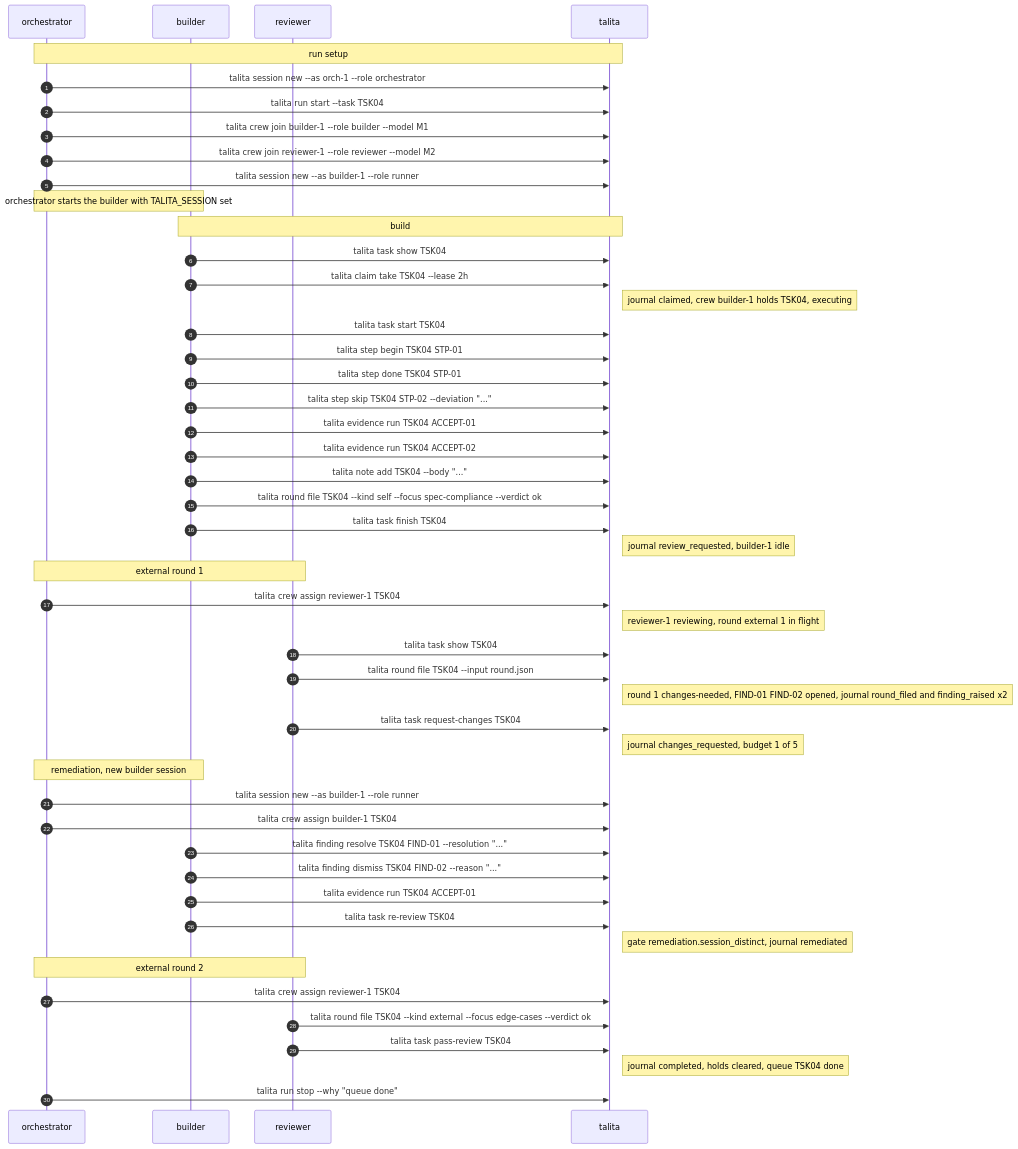
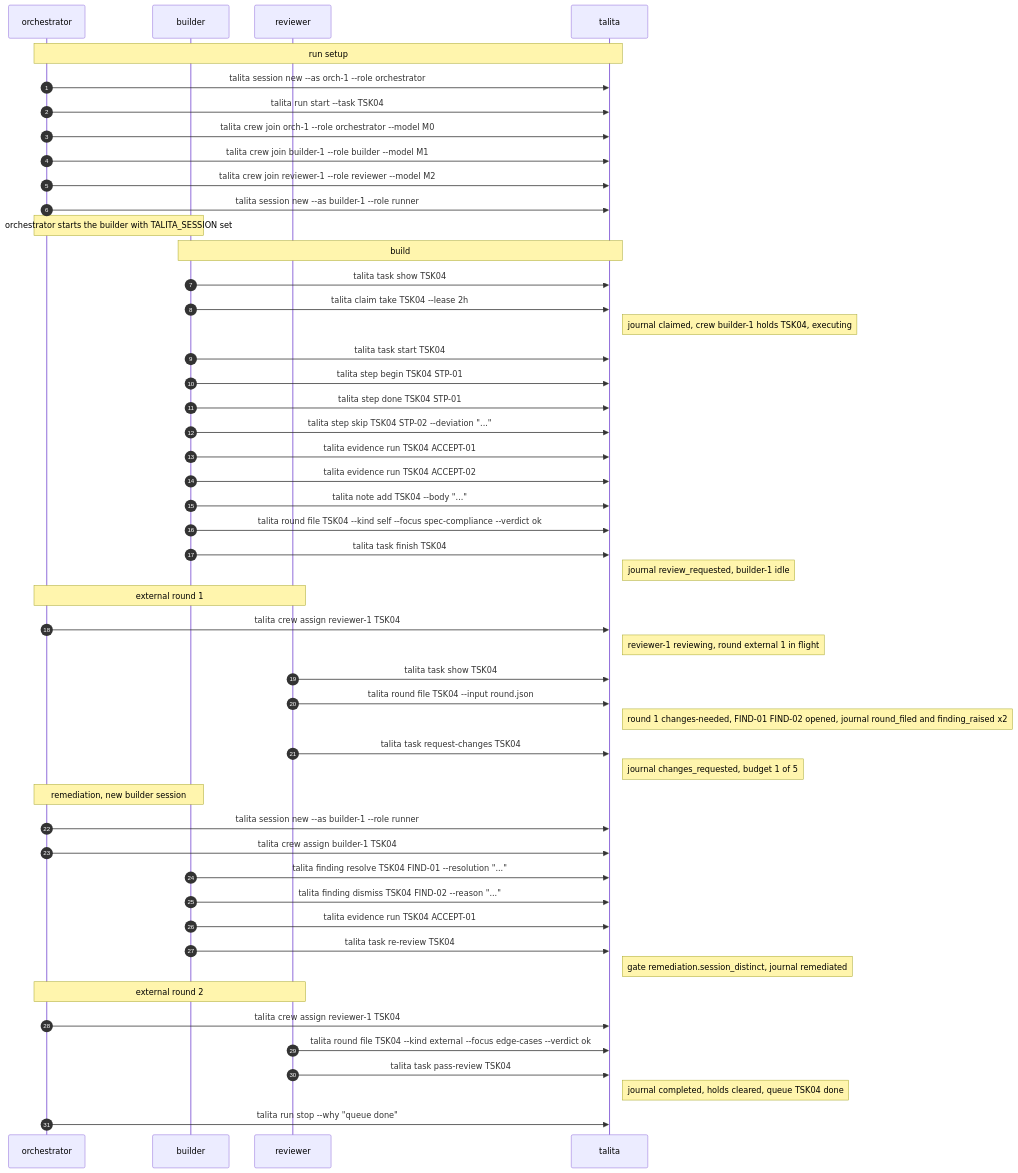
The sixth of 6 diagrams in docs/talita/README.md (lthiagol/coding-crew), drawn with Mermaid before and after one commit. The commit also changed other lines of this file and 15 other files, not shown here.

First line of the commit message:
docs: the docs and the flow skills speak talita's grammar

````diff
--- a/docs/talita/README.md
+++ b/docs/talita/README.md
@@ -214,57 +215,58 @@
 ```mermaid
 sequenceDiagram
     autonumber
     participant O as orchestrator
     participant B as builder
     participant V as reviewer
     participant T as talita
 
     Note over O,T: run setup
     O->>T: talita session new --as orch-1 --role orchestrator
     O->>T: talita run start --task TSK04
+    O->>T: talita crew join orch-1 --role orchestrator --model M0
     O->>T: talita crew join builder-1 --role builder --model M1
     O->>T: talita crew join reviewer-1 --role reviewer --model M2
     O->>T: talita session new --as builder-1 --role runner
     Note over O,B: orchestrator starts the builder with TALITA_SESSION set
 
     Note over B,T: build
     B->>T: talita task show TSK04
     B->>T: talita claim take TSK04 --lease 2h
     Note right of T: journal claimed, crew builder-1 holds TSK04, executing
     B->>T: talita task start TSK04
     B->>T: talita step begin TSK04 STP-01
     B->>T: talita step done TSK04 STP-01
     B->>T: talita step skip TSK04 STP-02 --deviation "..."
     B->>T: talita evidence run TSK04 ACCEPT-01
     B->>T: talita evidence run TSK04 ACCEPT-02
     B->>T: talita note add TSK04 --body "..."
     B->>T: talita round file TSK04 --kind self --focus spec-compliance --verdict ok
     B->>T: talita task finish TSK04
     Note right of T: journal review_requested, builder-1 idle
 
     Note over O,V: external round 1
     O->>T: talita crew assign reviewer-1 TSK04
     Note right of T: reviewer-1 reviewing, round external 1 in flight
     V->>T: talita task show TSK04
     V->>T: talita round file TSK04 --input round.json
     Note right of T: round 1 changes-needed, FIND-01 FIND-02 opened, journal round_filed and finding_raised x2
     V->>T: talita task request-changes TSK04
     Note right of T: journal changes_requested, budget 1 of 5
 
     Note over O,B: remediation, new builder session
     O->>T: talita session new --as builder-1 --role runner
     O->>T: talita crew assign builder-1 TSK04
     B->>T: talita finding resolve TSK04 FIND-01 --resolution "..."
     B->>T: talita finding dismiss TSK04 FIND-02 --reason "..."
     B->>T: talita evidence run TSK04 ACCEPT-01
     B->>T: talita task re-review TSK04
     Note right of T: gate remediation.session_distinct, journal remediated
 
     Note over O,V: external round 2
     O->>T: talita crew assign reviewer-1 TSK04
     V->>T: talita round file TSK04 --kind external --focus edge-cases --verdict ok
     V->>T: talita task pass-review TSK04
     Note right of T: journal completed, holds cleared, queue TSK04 done
 
     O->>T: talita run stop --why "queue done"
 ```
````
